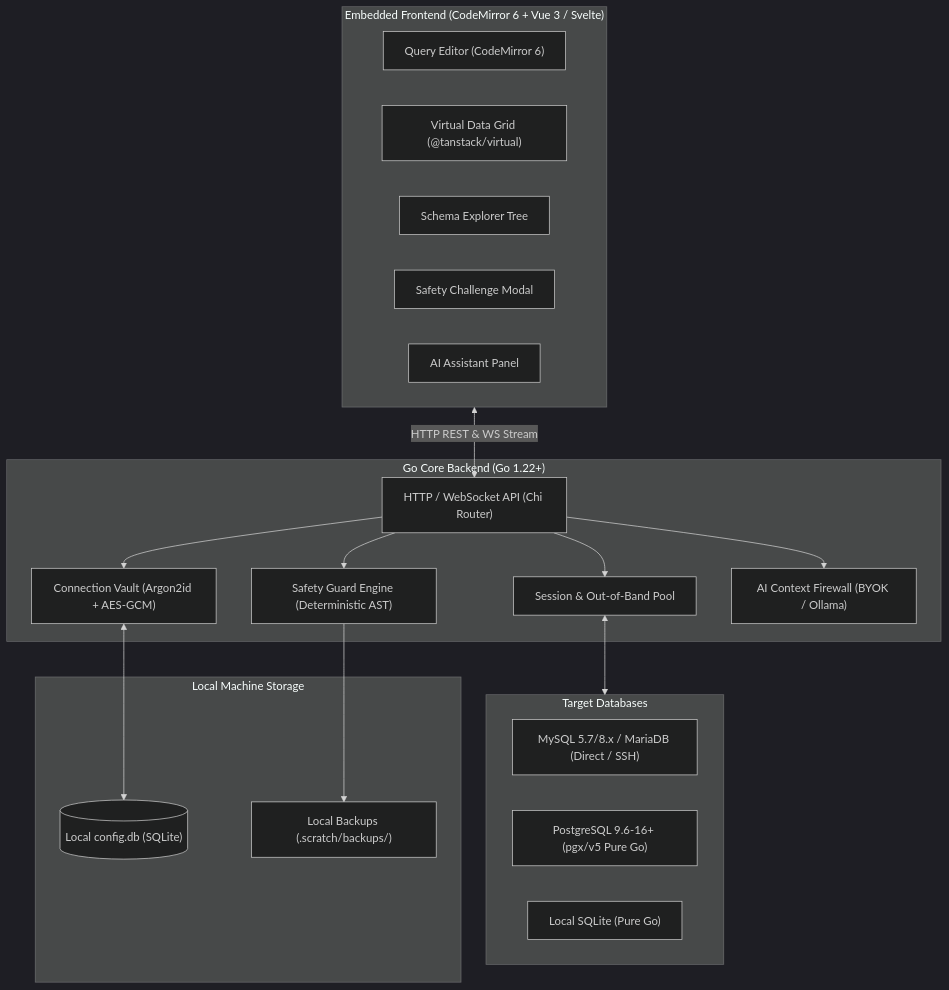
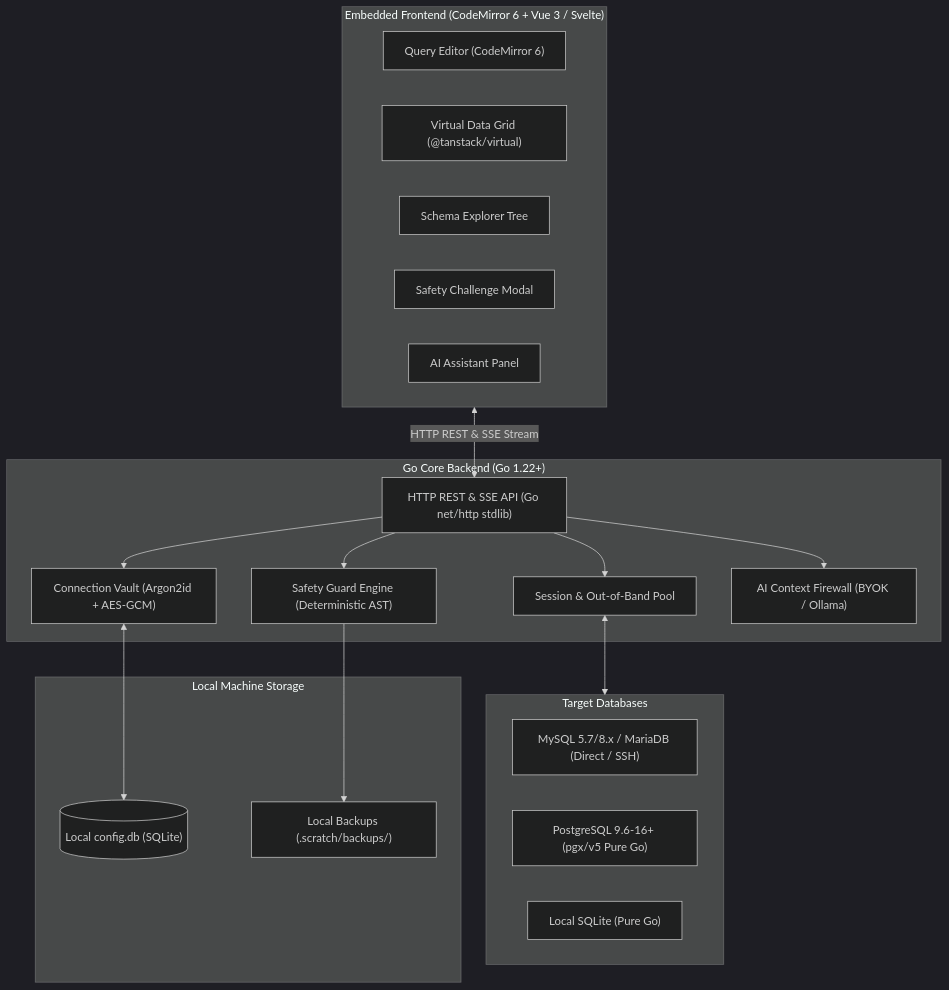
One commit to herliansyah/sqlfox changed the first of 12 diagrams in ARCHITECTURE.md. Above: the diagram before and after it, drawn with Mermaid (dark theme). The commit also changed other lines of this file and 8 other files, not shown here.

````diff
--- a/ARCHITECTURE.md
+++ b/ARCHITECTURE.md
@@ -9,38 +9,38 @@
 ```mermaid
 flowchart TD
     subgraph UI ["Embedded Frontend (CodeMirror 6 + Vue 3 / Svelte)"]
         UI_Editor["Query Editor (CodeMirror 6)"]
         UI_Grid["Virtual Data Grid (@tanstack/virtual)"]
         UI_Tree["Schema Explorer Tree"]
         UI_Guard["Safety Challenge Modal"]
         UI_AI["AI Assistant Panel"]
     end
 
     subgraph GoCore ["Go Core Backend (Go 1.22+)"]
-        API["HTTP / WebSocket API (Chi Router)"]
+        API["HTTP REST & SSE API (Go net/http stdlib)"]
         Vault["Connection Vault (Argon2id + AES-GCM)"]
         Safety["Safety Guard Engine (Deterministic AST)"]
         SessionMgr["Session & Out-of-Band Pool"]
         AIProxy["AI Context Firewall (BYOK / Ollama)"]
     end
 
     subgraph TargetDB ["Target Databases"]
         MySQL["MySQL 5.7/8.x / MariaDB (Direct / SSH)"]
         Postgres["PostgreSQL 9.6-16+ (pgx/v5 Pure Go)"]
         SQLite["Local SQLite (Pure Go)"]
     end
 
     subgraph Storage ["Local Machine Storage"]
         ConfigDB[("Local config.db (SQLite)")]
         DumpDir["Local Backups (.scratch/backups/)"]
     end
 
-    UI <-->|HTTP REST & WS Stream| API
+    UI <-->|HTTP REST & SSE Stream| API
     API --> Vault
     API --> Safety
     API --> SessionMgr
     API --> AIProxy
     Vault <--> ConfigDB
     Safety --> DumpDir
     SessionMgr <--> TargetDB
 ```
````
